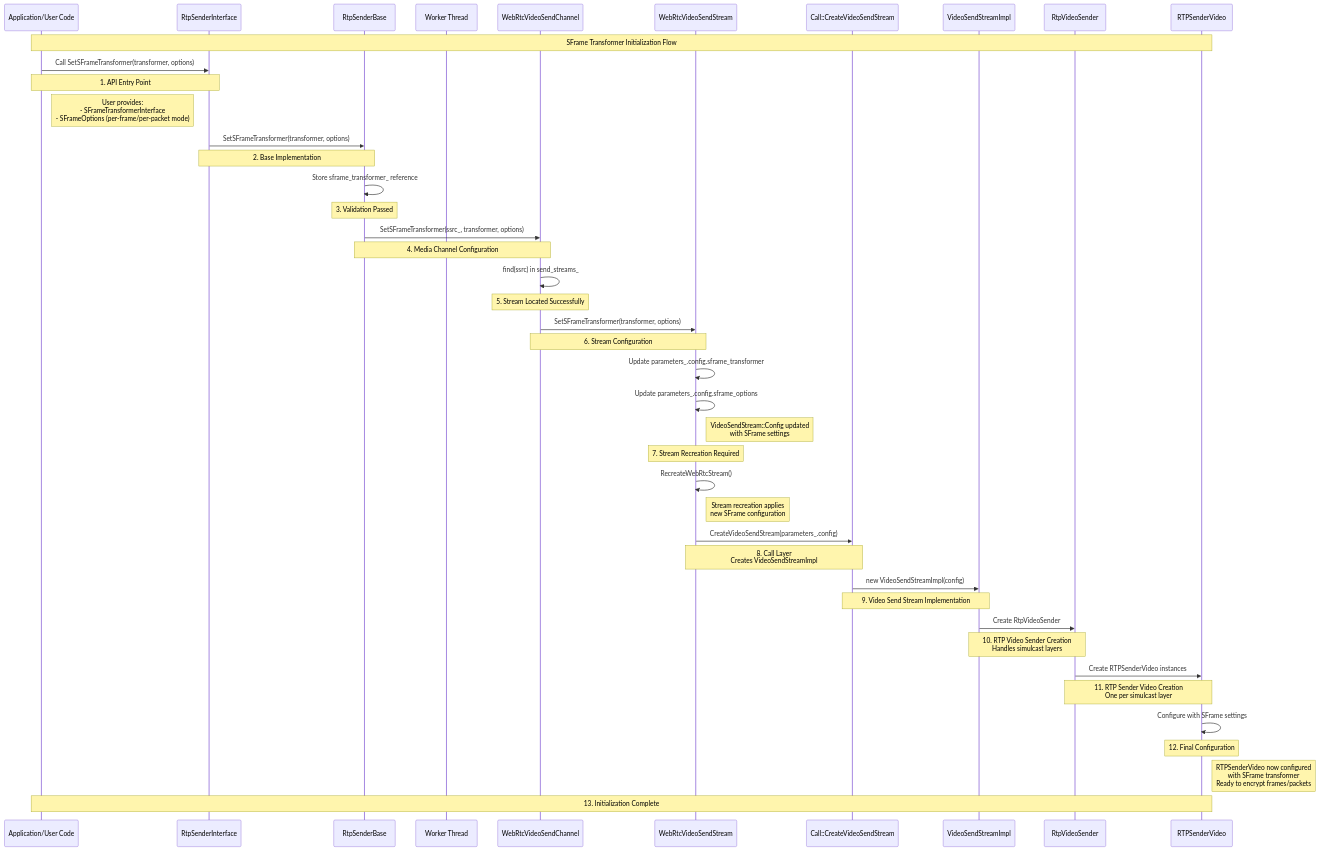
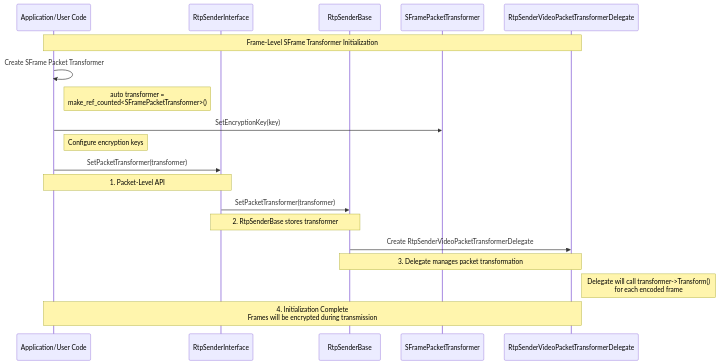
One commit to webex/webrtc-sframe changed the second of 3 diagrams in video-sender.md. Above: the diagram before and after it, drawn with Mermaid. The commit also changed other lines of this file and 7 other files, not shown here.

Commit message:
reuse frame transform interfaces for packet transformation

````diff
--- a/video-sender.md
+++ b/video-sender.md
@@ -16,66 +60,30 @@
 ```mermaid
 sequenceDiagram
     participant User as Application/User Code
     participant API as RtpSenderInterface
     participant Base as RtpSenderBase
-    participant Worker as Worker Thread
-    participant Channel as WebRtcVideoSendChannel
-    participant Stream as WebRtcVideoSendStream
-    participant Call as Call::CreateVideoSendStream
-    participant VSImpl as VideoSendStreamImpl
-    participant RtpVideoSender as RtpVideoSender
-    participant RTPSender as RTPSenderVideo
+    participant Transformer as SFramePacketTransformer
+    participant Delegate as RtpSenderVideoPacketTransformerDelegate
 
-    Note over User, RTPSender: SFrame Transformer Initialization Flow
+    Note over User, Delegate: Frame-Level SFrame Transformer Initialization
 
-    %% API Level Initialization
-    User->>API: Call SetSFrameTransformer(transformer, options)
-    Note over User, API: 1. API Entry Point
-    Note right of User: User provides:<br/>- SFrameTransformerInterface<br/>- SFrameOptions (per-frame/per-packet mode)
+    %% Create SFrame Packet Transformer
+    User->>User: Create SFrame Packet Transformer
+    Note right of User: auto transformer =<br/>make_ref_counted<SFramePacketTransformer>()
 
-    %% RtpSenderBase Processing
-    API->>Base: SetSFrameTransformer(transformer, options)
-    Note over API, Base: 2. Base Implementation
-    Base->>Base: Store sframe_transformer_ reference
+    User->>Transformer: SetEncryptionKey(key)
+    Note right of User: Configure encryption keys
 
-    %% Validation and Processing
-    Note over Base: 3. Validation Passed
-    Base->>Channel: SetSFrameTransformer(ssrc_, transformer, options)
-    Note over Base, Channel: 4. Media Channel Configuration
+    %% Set Packet Transformer
+    User->>API: SetPacketTransformer(transformer)
+    Note over User, API: 1. Packet-Level API
+    
+    API->>Base: SetPacketTransformer(transformer)
+    Note over API, Base: 2. RtpSenderBase stores transformer
+    
+    Base->>Delegate: Create RtpSenderVideoPacketTransformerDelegate
+    Note over Base, Delegate: 3. Delegate manages packet transformation
+    Note right of Delegate: Delegate will call transformer->Transform()<br/>for each encoded frame
 
-    %% Stream Lookup and Configuration
-    Channel->>Channel: find(ssrc) in send_streams_
-    Note over Channel: 5. Stream Located Successfully
-    Channel->>Stream: SetSFrameTransformer(transformer, options)
-
-    %% Stream Configuration Update
-    Note over Channel, Stream: 6. Stream Configuration
-    Stream->>Stream: Update parameters_.config.sframe_transformer
-    Stream->>Stream: Update parameters_.config.sframe_options
-    Note right of Stream: VideoSendStream::Config updated<br/>with SFrame settings
-
-    %% Stream Recreation and Creation Pipeline
-    Note over Stream: 7. Stream Recreation Required
-    Stream->>Stream: RecreateWebRtcStream()
-    Note right of Stream: Stream recreation applies<br/>new SFrame configuration
-
-    %% Video Send Stream Creation Pipeline
-    Stream->>Call: CreateVideoSendStream(parameters_.config)
-    Note over Stream, Call: 8. Call Layer<br/>Creates VideoSendStreamImpl
-
-    Call->>VSImpl: new VideoSendStreamImpl(config)
-    Note over Call, VSImpl: 9. Video Send Stream Implementation
-
-    VSImpl->>RtpVideoSender: Create RtpVideoSender
-    Note over VSImpl, RtpVideoSender: 10. RTP Video Sender Creation<br/>Handles simulcast layers
-
-    RtpVideoSender->>RTPSender: Create RTPSenderVideo instances
-    Note over RtpVideoSender, RTPSender: 11. RTP Sender Video Creation<br/>One per simulcast layer
-
-    RTPSender->>RTPSender: Configure with SFrame settings
-    Note over RTPSender: 12. Final Configuration
-    Note right of RTPSender: RTPSenderVideo now configured<br/>with SFrame transformer<br/>Ready to encrypt frames/packets
-
-    %% Success Response
-    Note over User, RTPSender: 13. Initialization Complete
+    Note over User, Delegate: 4. Initialization Complete<br/>Frames will be encrypted during transmission
 ```
````
